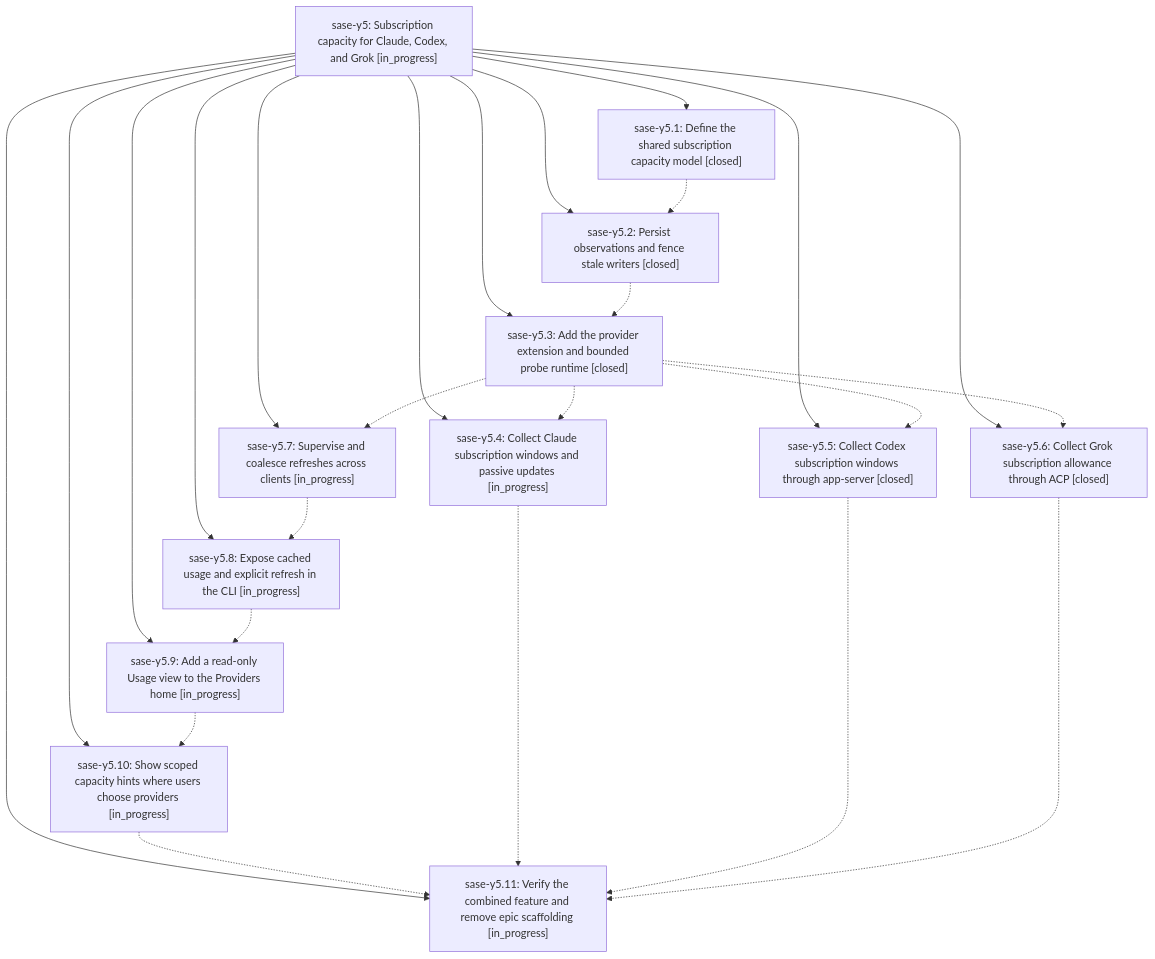
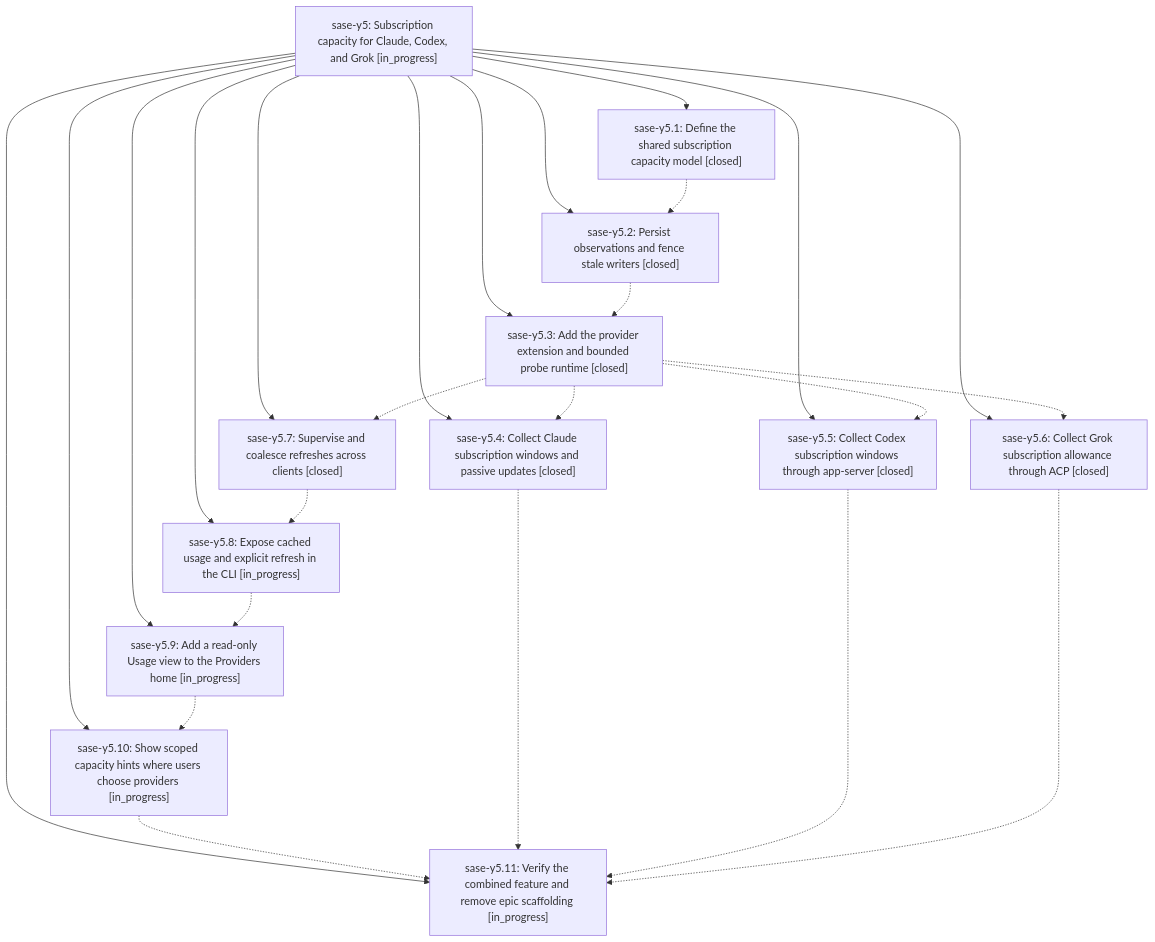
The diagram in pages/sase-y5/README.md (sase-org/sase--beads), drawn with Mermaid before and after one commit. The commit also changed other lines of this file and 5 other files, not shown here.

````diff
--- a/pages/sase-y5/README.md
+++ b/pages/sase-y5/README.md
@@ -44,39 +56,39 @@
 ```mermaid
 flowchart TD
     n0["sase-y5: Subscription capacity for Claude, Codex, and Grok [in_progress]"]
     n1["sase-y5.1: Define the shared subscription capacity model [closed]"]
     n2["sase-y5.10: Show scoped capacity hints where users choose providers [in_progress]"]
     n3["sase-y5.11: Verify the combined feature and remove epic scaffolding [in_progress]"]
     n4["sase-y5.2: Persist observations and fence stale writers [closed]"]
     n5["sase-y5.3: Add the provider extension and bounded probe runtime [closed]"]
-    n6["sase-y5.4: Collect Claude subscription windows and passive updates [in_progress]"]
+    n6["sase-y5.4: Collect Claude subscription windows and passive updates [closed]"]
     n7["sase-y5.5: Collect Codex subscription windows through app-server [closed]"]
     n8["sase-y5.6: Collect Grok subscription allowance through ACP [closed]"]
-    n9["sase-y5.7: Supervise and coalesce refreshes across clients [in_progress]"]
+    n9["sase-y5.7: Supervise and coalesce refreshes across clients [closed]"]
     n10["sase-y5.8: Expose cached usage and explicit refresh in the CLI [in_progress]"]
     n11["sase-y5.9: Add a read-only Usage view to the Providers home [in_progress]"]
     n0 --> n1
     n0 --> n2
     n0 --> n3
     n0 --> n4
     n0 --> n5
     n0 --> n6
     n0 --> n7
     n0 --> n8
     n0 --> n9
     n0 --> n10
     n0 --> n11
     n1 -.-> n4
     n2 -.-> n3
     n4 -.-> n5
     n5 -.-> n6
     n5 -.-> n7
     n5 -.-> n8
     n5 -.-> n9
     n6 -.-> n3
     n7 -.-> n3
     n8 -.-> n3
     n9 -.-> n10
     n10 -.-> n11
     n11 -.-> n2
 ```
````
